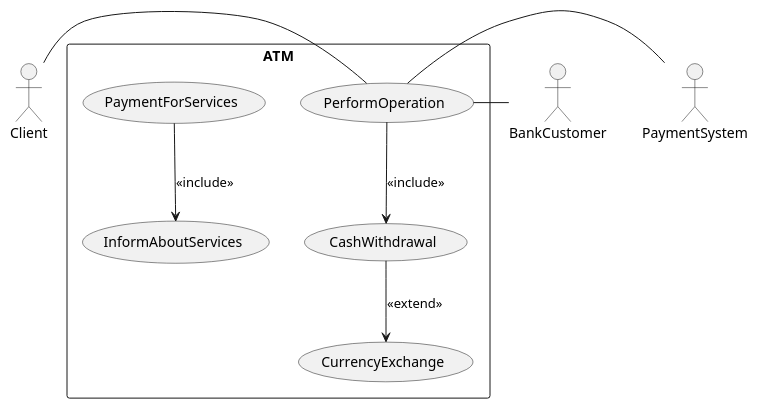
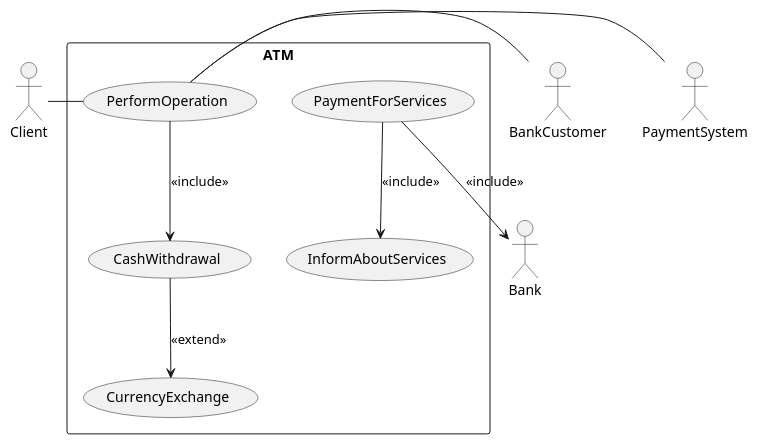
Before and after one commit to lisisisan/CASE-2024: the diagram in lab4/6.puml, drawn with PlantUML. The commit also changed 6 other files, not shown here.

```diff
--- a/lab4/6.puml
+++ b/lab4/6.puml
@@ -1,16 +1,18 @@
 @startuml
 actor Client
 actor BankCustomer
+actor Bank
 actor PaymentSystem
 
 rectangle "ATM" {
     Client - (PerformOperation)
     BankCustomer - (PerformOperation)
     PaymentSystem - (PerformOperation)
 
     (PerformOperation) -down-> (CashWithdrawal): <<include>>
     (CashWithdrawal) -down-> (CurrencyExchange): <<extend>>
+    (PaymentForServices) -down-> (Bank): <<include>>
     (PaymentForServices) -down-> (InformAboutServices): <<include>>
 }
 
 @enduml
```
